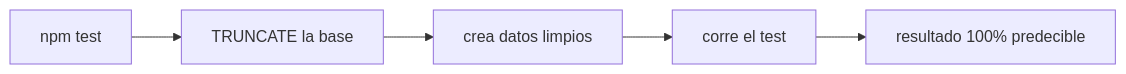
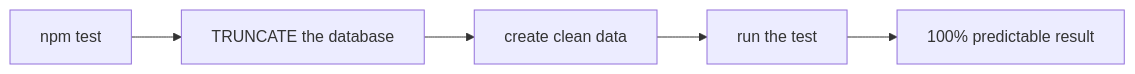
Before and after one commit to arturooreaf/clinica-api: the first of 2 diagrams in docs/chuletas/entornos.md, drawn with Mermaid. The commit also changed other lines of this file and 3 other files, not shown here.

````diff
--- a/docs/chuletas/entornos.md
+++ b/docs/chuletas/entornos.md
@@ -52,7 +58,7 @@
 ```mermaid
 graph LR
-    A[npm test] --> B[TRUNCATE la base]
-    B --> C[crea datos limpios]
-    C --> D[corre el test]
-    D --> E[resultado 100% predecible]
+    A[npm test] --> B[TRUNCATE the database]
+    B --> C[create clean data]
+    C --> D[run the test]
+    D --> E[100% predictable result]
 ```
````
